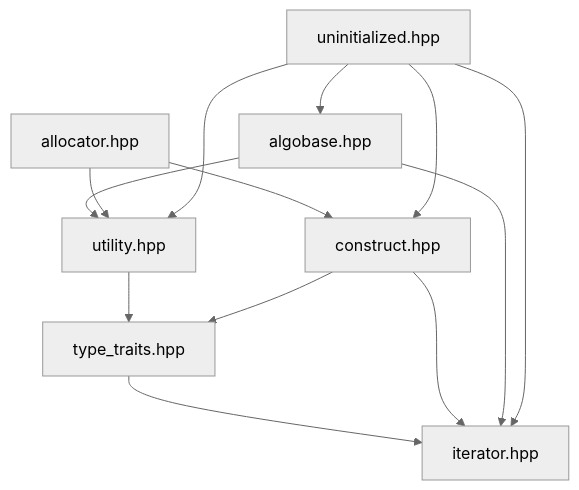
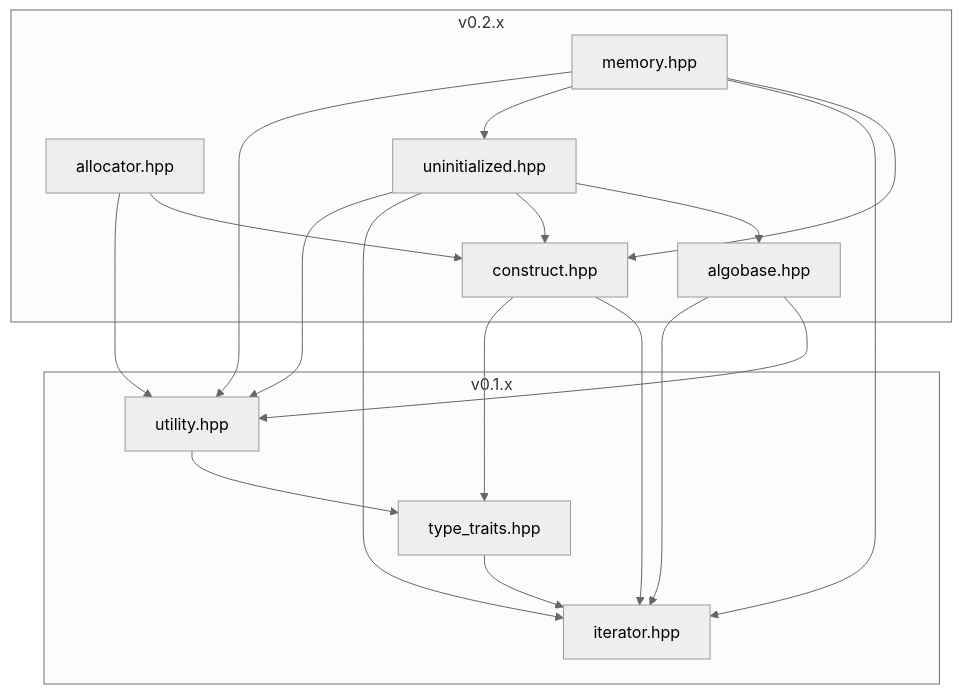
One commit to LiuYuan-SHU/tiny_stl changed the first of 11 diagrams in README.md. Above: the diagram before and after it, drawn with Mermaid (neutral theme). The commit also changed 1 other file, not shown here.

Commit message:
memory.hpp: doc finished

````diff
--- a/README.md
+++ b/README.md
@@ -9,18 +9,25 @@
 ```mermaid
 flowchart TD
 
-iterator[iterator.hpp]
-type_traits[type_traits.hpp]
-utility[utility.hpp]
-construct[construct.hpp]
-algobase[algobase.hpp]
-allocator[allocator.hpp]
-uninitialized[uninitialized.hpp]
+subgraph v0.1.x
+  iterator[iterator.hpp]
+  type_traits[type_traits.hpp]
+  utility[utility.hpp]
+end
+
+subgraph v0.2.x
+  construct[construct.hpp]
+  algobase[algobase.hpp]
+  allocator[allocator.hpp]
+  uninitialized[uninitialized.hpp]
+  memory[memory.hpp]
+end
 
 type_traits --> iterator
 utility --> type_traits
 construct --> iterator & type_traits
 algobase --> utility & iterator
 allocator --> construct & utility
 uninitialized --> algobase & construct & iterator & utility
+memory --> construct & iterator & uninitialized & utility
 ```
````
